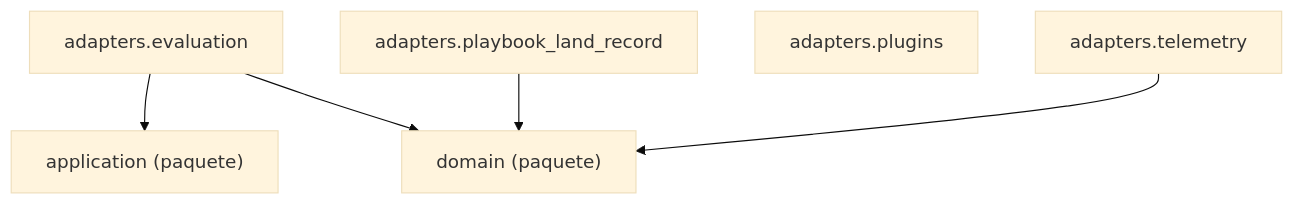
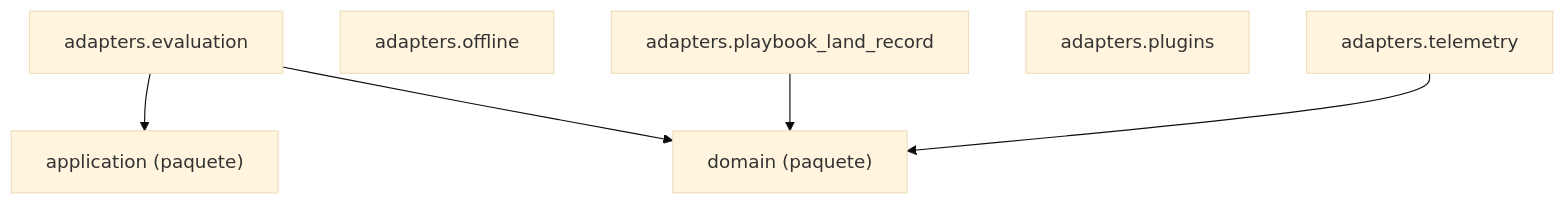
The diagram in docs/architecture/generated/packages-process-adapters.md (GonzaloZevallos/agentic-system), drawn with Mermaid (base theme) before and after one commit. The commit also changed 3 other files, not shown here.

Commit message:
Regenerate the architecture and CLI reference docs for stage0 smoke

````diff
--- a/docs/architecture/generated/packages-process-adapters.md
+++ b/docs/architecture/generated/packages-process-adapters.md
@@ -15,13 +15,14 @@
 ```mermaid
 graph TD
     g_pkg__application["application (paquete)"]
     g_pkg__domain["domain (paquete)"]
     m_adapters__evaluation["adapters.evaluation"]
+    m_adapters__offline["adapters.offline"]
     m_adapters__playbook_land_record["adapters.playbook_land_record"]
     m_adapters__plugins["adapters.plugins"]
     m_adapters__telemetry["adapters.telemetry"]
     m_adapters__evaluation --> g_pkg__application
     m_adapters__evaluation --> g_pkg__domain
     m_adapters__playbook_land_record --> g_pkg__domain
     m_adapters__telemetry --> g_pkg__domain
 ```
````
